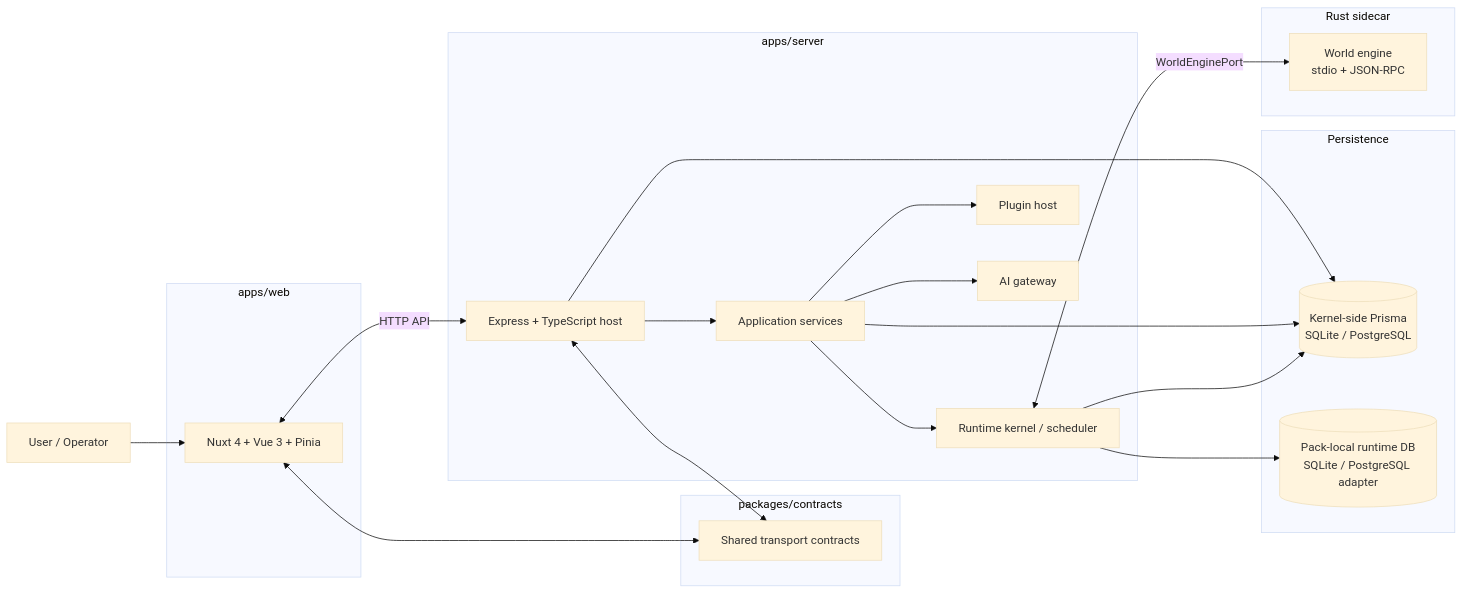
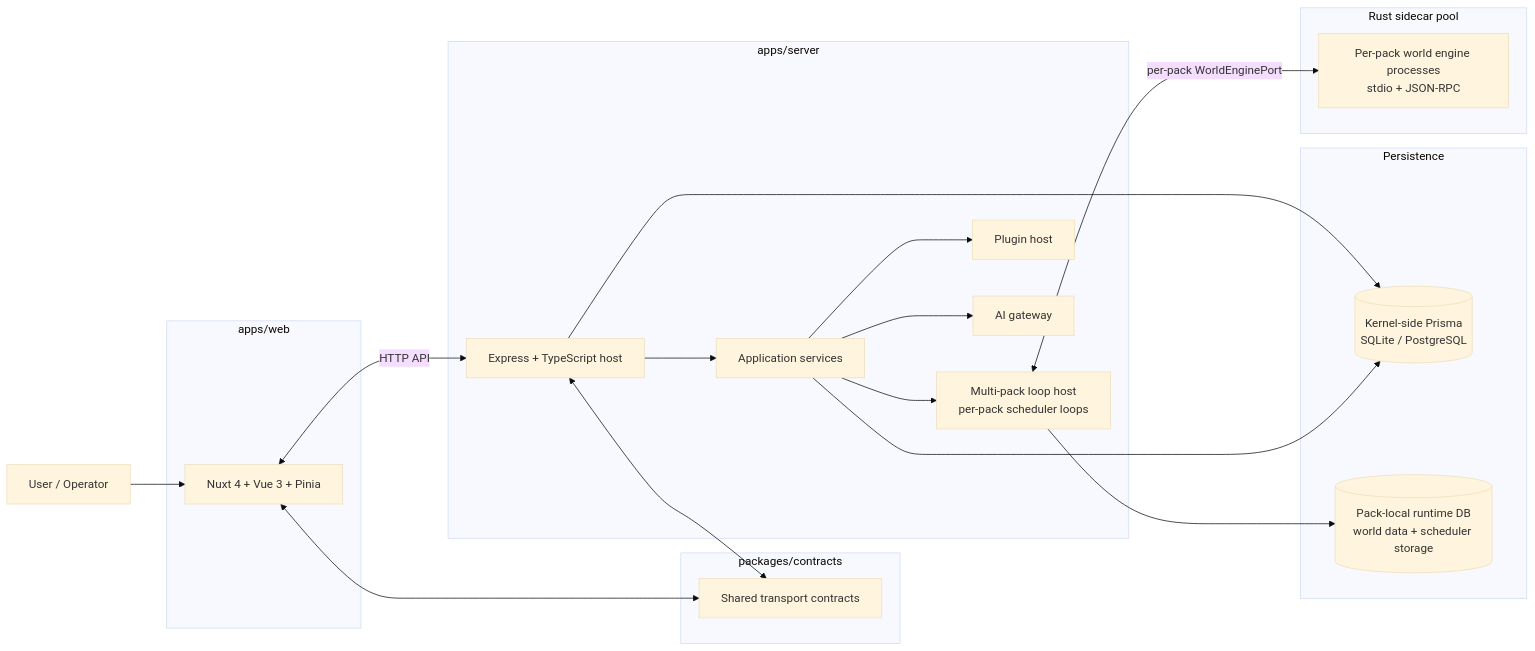
Before and after one commit to Hai-de/Yidhras: the first of 7 diagrams in docs/ARCH_DIAGRAM.md, drawn with Mermaid (base theme). The commit also changed other lines of this file and 73 other files, not shown here.

````diff
--- a/docs/ARCH_DIAGRAM.md
+++ b/docs/ARCH_DIAGRAM.md
@@ -18,45 +18,44 @@
 ```mermaid
 flowchart LR
     User[User / Operator]
 
     subgraph Web[apps/web]
         WebApp[Nuxt 4 + Vue 3 + Pinia]
     end
 
     subgraph Contracts[packages/contracts]
         SharedContracts[Shared transport contracts]
     end
 
     subgraph Server[apps/server]
         ExpressHost[Express + TypeScript host]
         AppServices[Application services]
-        RuntimeKernel[Runtime kernel / scheduler]
+        MultiPackLoopHost[Multi-pack loop host\nper-pack scheduler loops]
         PluginHost[Plugin host]
         AIGateway[AI gateway]
     end
 
     subgraph Persistence[Persistence]
         KernelDB[(Kernel-side Prisma\nSQLite / PostgreSQL)]
-        PackDB[(Pack-local runtime DB\nSQLite / PostgreSQL adapter)]
+        PackDB[(Pack-local runtime DB\nworld data + scheduler storage)]
     end
 
-    subgraph Sidecar[Rust sidecar]
-        WorldEngine[World engine\nstdio + JSON-RPC]
+    subgraph Sidecar[Rust sidecar pool]
+        WorldEngine[Per-pack world engine processes\nstdio + JSON-RPC]
     end
 
     User --> WebApp
     WebApp <-->|HTTP API| ExpressHost
     WebApp <--> SharedContracts
     ExpressHost <--> SharedContracts
 
     ExpressHost --> AppServices
-    AppServices --> RuntimeKernel
+    AppServices --> MultiPackLoopHost
     AppServices --> PluginHost
     AppServices --> AIGateway
 
     ExpressHost --> KernelDB
     AppServices --> KernelDB
-    RuntimeKernel --> KernelDB
-    RuntimeKernel --> PackDB
-    RuntimeKernel <-->|WorldEnginePort| WorldEngine
+    MultiPackLoopHost --> PackDB
+    MultiPackLoopHost <-->|per-pack WorldEnginePort| WorldEngine
 ```
````
